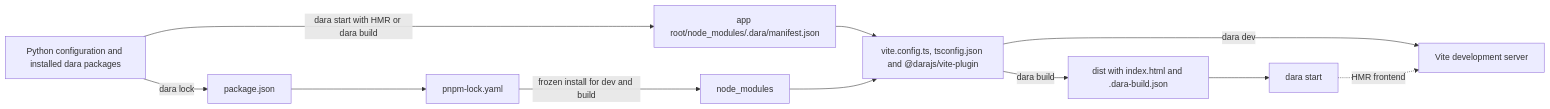
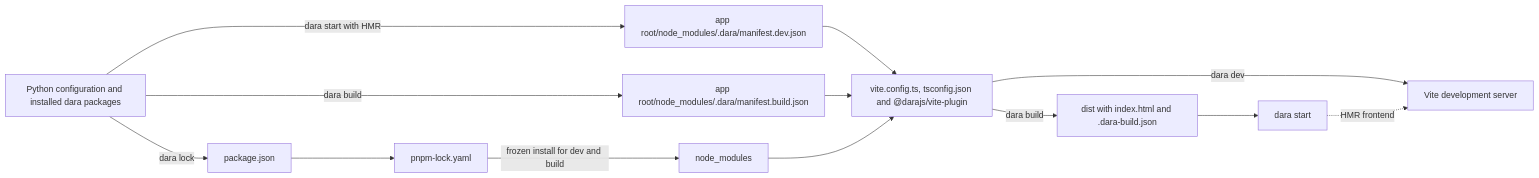
One commit to causalens/dara changed the diagram in docs-internal/proposals/dara-js-build-redesign.md. Above: the diagram before and after it, drawn with Mermaid. The commit also changed other lines of this file, not shown here.

````diff
--- a/docs-internal/proposals/dara-js-build-redesign.md
+++ b/docs-internal/proposals/dara-js-build-redesign.md
@@ -154,21 +154,22 @@
 ```mermaid
 flowchart LR
     config["Python configuration and installed dara packages"]
     package["package.json"]
     lock["pnpm-lock.yaml"]
-    manifest["app root/node_modules/.dara/manifest.json"]
+    devManifest["app root/node_modules/.dara/manifest.dev.json"]
+    buildManifest["app root/node_modules/.dara/manifest.build.json"]
     modules["node_modules"]
     vite["vite.config.ts, tsconfig.json and @darajs/vite-plugin"]
     dev["Vite development server"]
     dist["dist with index.html and .dara-build.json"]
     start["dara start"]
 
     config -->|"dara lock"| package --> lock
     lock -->|"frozen install for dev and build"| modules
-    config -->|"dara start with HMR or dara build"| manifest
-    manifest --> vite
+    config -->|"dara start with HMR"| devManifest --> vite
+    config -->|"dara build"| buildManifest --> vite
     modules --> vite
     vite -->|"dara dev"| dev
     vite -->|"dara build"| dist --> start
     start -.->|"HMR frontend"| dev
 ```
````
